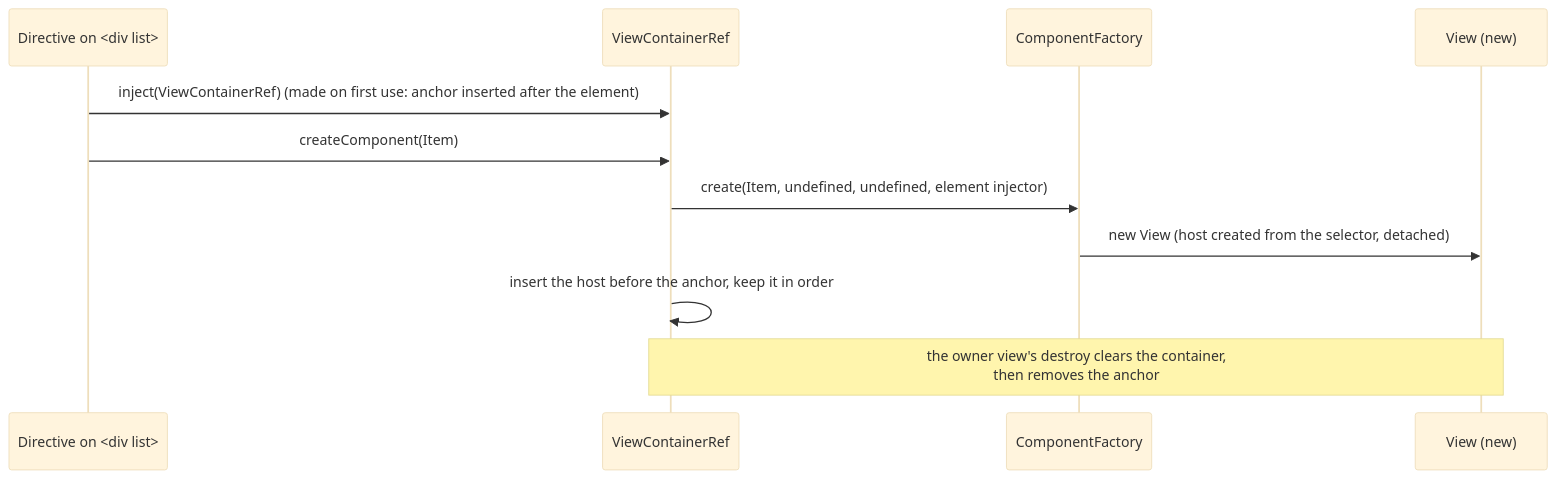
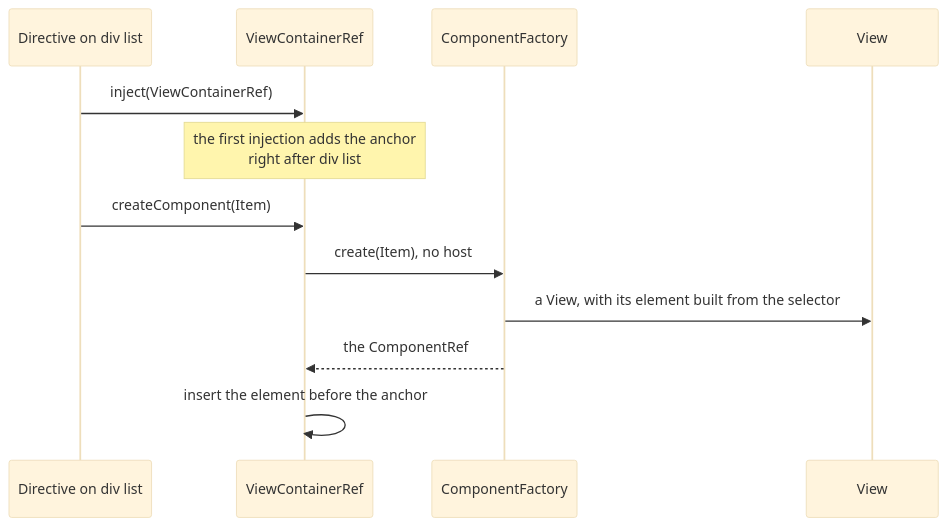
The second of 3 diagrams in docs/architecture.md (ducthang-vu/tinker), drawn with Mermaid (base theme) before and after one commit. The commit also changed other lines of this file, not shown here.

First line of the commit message:
Rewrite docs/architecture.md around the three ways a component is created

````diff
--- a/docs/architecture.md
+++ b/docs/architecture.md
@@ -106,14 +80,15 @@
 ```mermaid
 sequenceDiagram
-  participant D as Directive on <div list>
+  participant D as Directive on div list
   participant C as ViewContainerRef
-  participant CF as ComponentFactory
-  participant V as View (new)
+  participant F as ComponentFactory
+  participant V as View
 
-  D->>C: inject(ViewContainerRef) (made on first use: anchor inserted after the element)
+  D->>C: inject(ViewContainerRef)
+  Note over C: the first injection adds the anchor<br/>right after div list
   D->>C: createComponent(Item)
-  C->>CF: create(Item, undefined, undefined, element injector)
-  CF->>V: new View (host created from the selector, detached)
-  C->>C: insert the host before the anchor, keep it in order
-  Note over C,V: the owner view's destroy clears the container,<br/>then removes the anchor
+  C->>F: create(Item), no host
+  F->>V: a View, with its element built from the selector
+  F-->>C: the ComponentRef
+  C->>C: insert the element before the anchor
 ```
````
